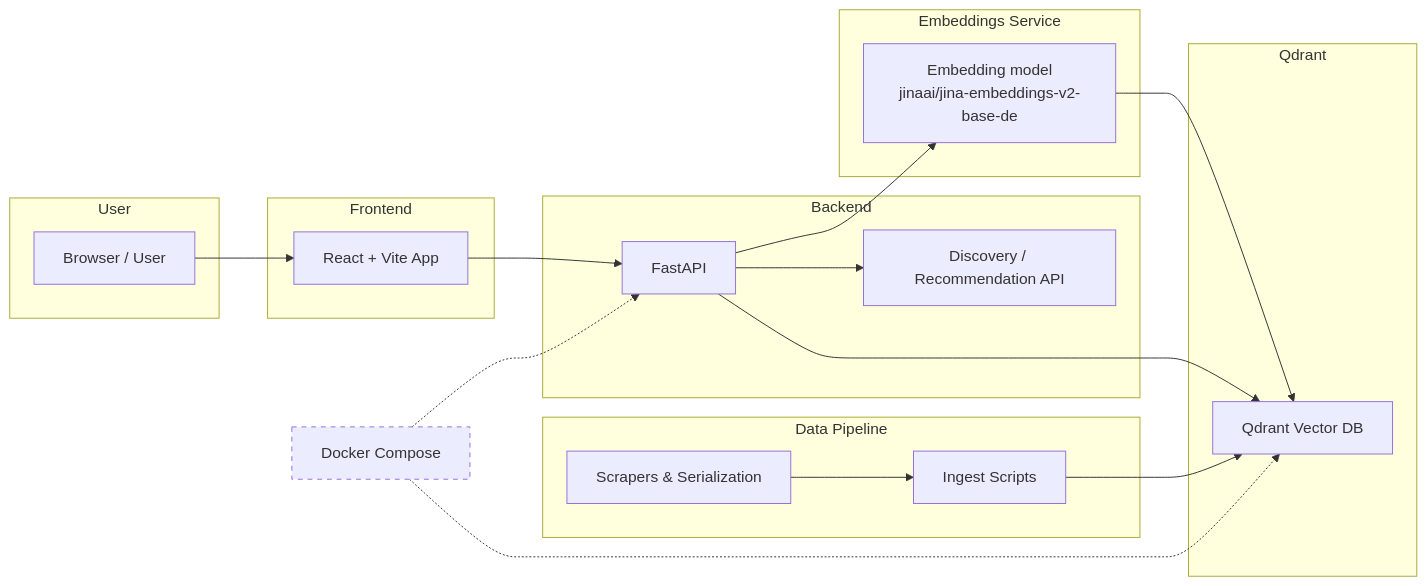
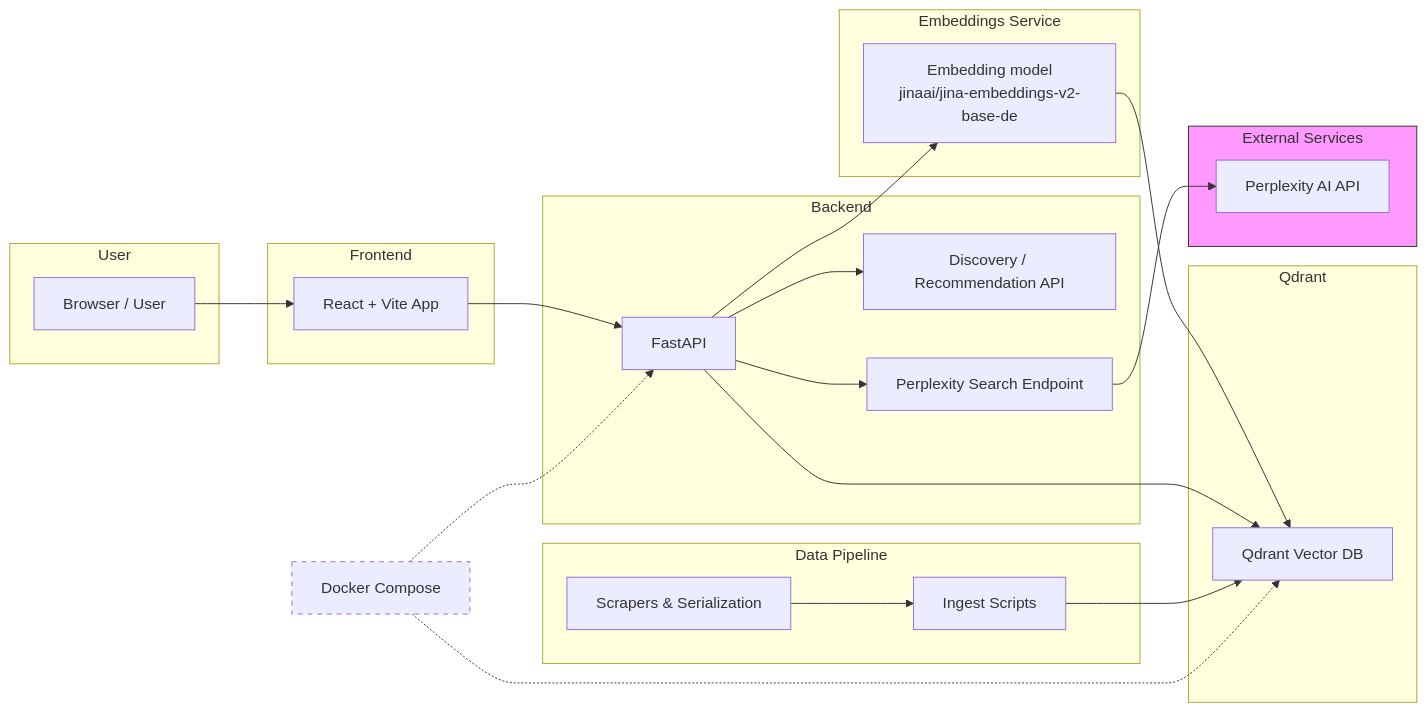
The diagram in README.md (aaronspring/doTERRA_essential_oils_recos), drawn with Mermaid before and after one commit.

Commit message:
docs: add Perplexity API to architecture diagram
Amp-Thread-ID: https://ampcode.com/threads/T-019bffbe-0e25-713c-856c-1c38accd6e1a

````diff
--- a/README.md
+++ b/README.md
@@ -36,42 +36,50 @@
 ```mermaid
 flowchart LR
 	subgraph user[User]
 		U[Browser / User]
 	end
 
 	subgraph fe[Frontend]
 		FE[React + Vite App]
 	end
 
 	subgraph be[Backend]
 		BE[FastAPI]
 		API[Discovery / Recommendation API]
+		PLEX[Perplexity Search Endpoint]
 		BE --> API
+		BE --> PLEX
 	end
 
 	subgraph model[Embeddings Service]
 		EMB[Embedding model\njinaai/jina-embeddings-v2-base-de]
 	end
 
 	subgraph q[Qdrant]
 		Q[Qdrant Vector DB]
+	end
+
+	subgraph ext[External Services]
+		PLEX_API[Perplexity AI API]
 	end
 
 	subgraph ingest[Data Pipeline]
 		SCR[Scrapers & Serialization]
 		ING[Ingest Scripts]
 	end
 
 	U --> FE
 	FE --> BE
 	BE --> EMB
 	EMB --> Q
 	BE --> Q
+	PLEX --> PLEX_API
 	SCR --> ING --> Q
 
 	Docker[Docker Compose]
 	Docker -.-> BE
 	Docker -.-> Q
 
 	style Docker stroke-dasharray: 5 5
+	style ext fill:#f9f,stroke:#333
 ```
````
